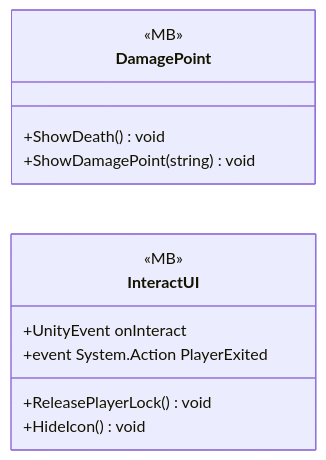
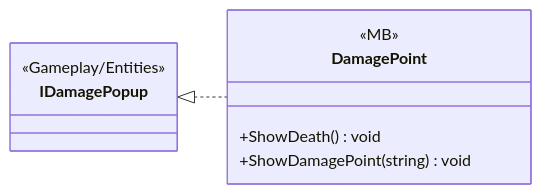
One commit to PhumipatWave/project-ocean changed the diagram in docs/uml/modules/UI_Interactions.md. Above: the diagram before and after it, drawn with Mermaid. The commit also changed other lines of this file and 531 other files, not shown here.

````diff
--- a/docs/uml/modules/UI_Interactions.md
+++ b/docs/uml/modules/UI_Interactions.md
@@ -7,16 +7,13 @@
 ```mermaid
 classDiagram
   direction LR
   class DamagePoint {
     <<MB>>
     +ShowDeath() void
     +ShowDamagePoint(string) void
   }
-  class InteractUI {
-    <<MB>>
-    +UnityEvent onInteract
-    +event System.Action PlayerExited
-    +ReleasePlayerLock() void
-    +HideIcon() void
+  class IDamagePopup {
+    <<Gameplay/Entities>>
   }
+  IDamagePopup <|.. DamagePoint
 ```
````
